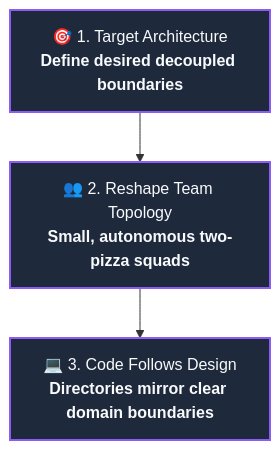
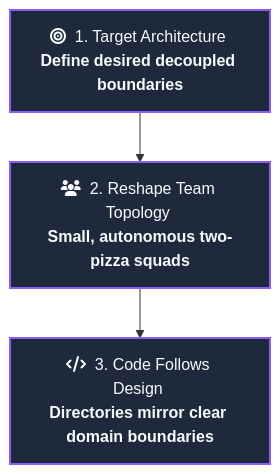
The second of 4 diagrams in 01-filestructure/README.md (Dustu103/system-design), drawn with Mermaid before and after one commit. The commit also changed other lines of this file and 1 other file, not shown here.

````diff
--- a/01-filestructure/README.md
+++ b/01-filestructure/README.md
@@ -47,9 +47,9 @@
 ```mermaid
 flowchart TD
-    A["🎯 1. Target Architecture<br/><b>Define desired decoupled boundaries</b>"] 
-    --> B["👥 2. Reshape Team Topology<br/><b>Small, autonomous two-pizza squads</b>"]
-    --> C["💻 3. Code Follows Design<br/><b>Directories mirror clear domain boundaries</b>"]
+    A["fa:fa-bullseye &nbsp;1. Target Architecture&nbsp;<br/><b>Define desired decoupled boundaries</b>"] 
+    --> B["fa:fa-users &nbsp;2. Reshape Team Topology&nbsp;<br/><b>Small, autonomous two-pizza squads</b>"]
+    --> C["fa:fa-code &nbsp;3. Code Follows Design&nbsp;<br/><b>Directories mirror clear domain boundaries</b>"]
 
     classDef step fill:#1e293b,stroke:#8b5cf6,stroke-width:2px,color:#f8fafc;
     class A,B,C step;
 ```
````
